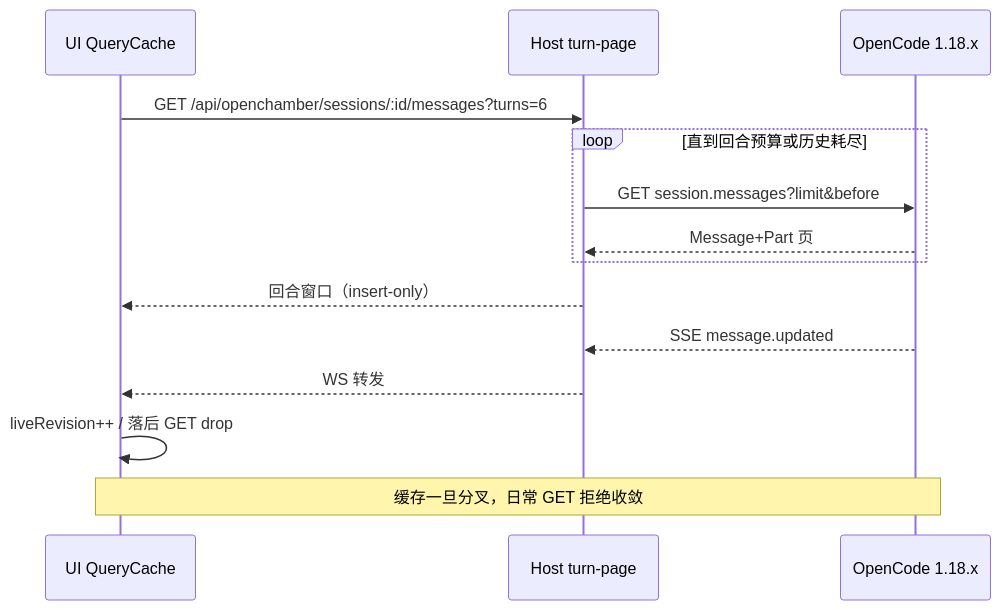
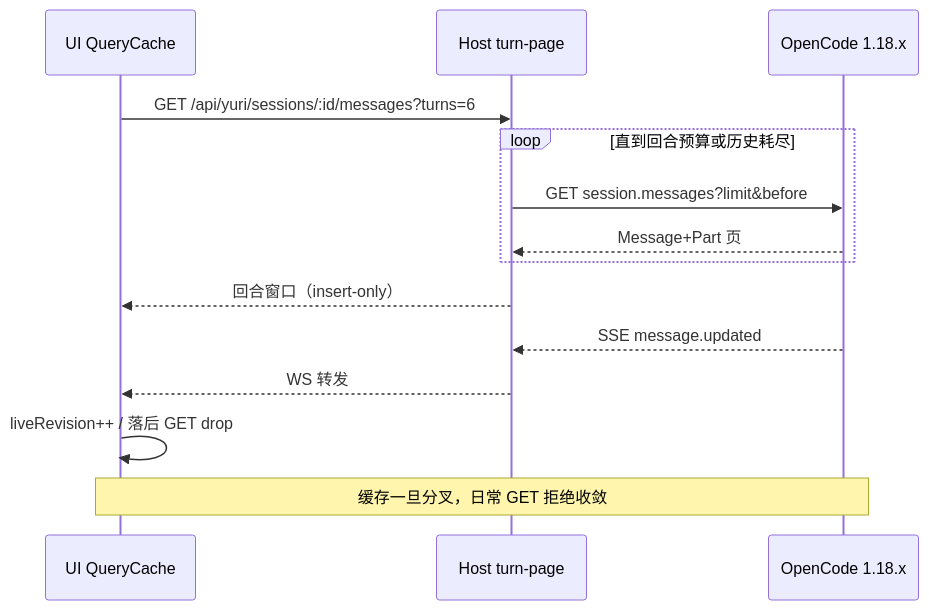
The first of 3 diagrams in docs/opencode2-upgrade.md (yee94/openchambery), drawn with Mermaid before and after one commit. The commit also changed other lines of this file and 2097 other files, not shown here.

````diff
--- a/docs/opencode2-upgrade.md
+++ b/docs/opencode2-upgrade.md
@@ -81,17 +81,17 @@
 ```mermaid
 sequenceDiagram
     participant UI as UI QueryCache
     participant Host as Host turn-page
     participant OC as OpenCode 1.18.x
 
-    UI->>Host: GET /api/openchamber/sessions/:id/messages?turns=6
+    UI->>Host: GET /api/yuri/sessions/:id/messages?turns=6
     loop 直到回合预算或历史耗尽
         Host->>OC: GET session.messages?limit&before
         OC-->>Host: Message+Part 页
     end
     Host-->>UI: 回合窗口（insert-only）
     OC-->>Host: SSE message.updated
     Host-->>UI: WS 转发
     UI->>UI: liveRevision++ / 落后 GET drop
     Note over UI,OC: 缓存一旦分叉，日常 GET 拒绝收敛
 ```
````
